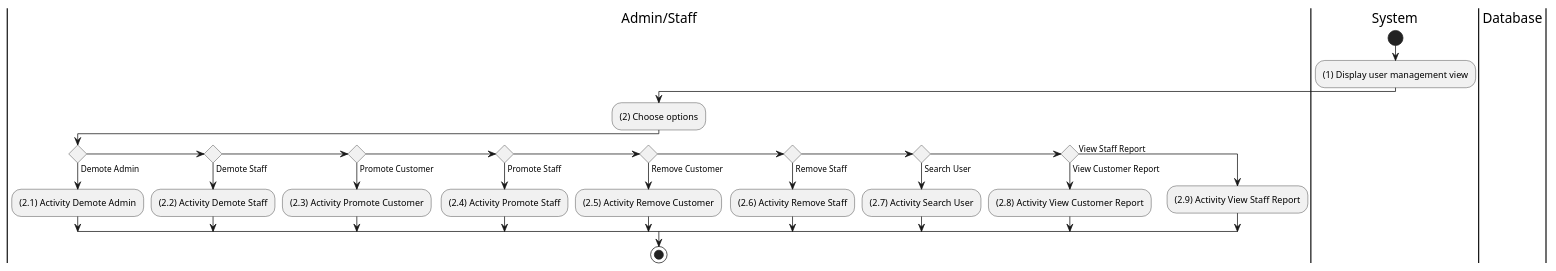
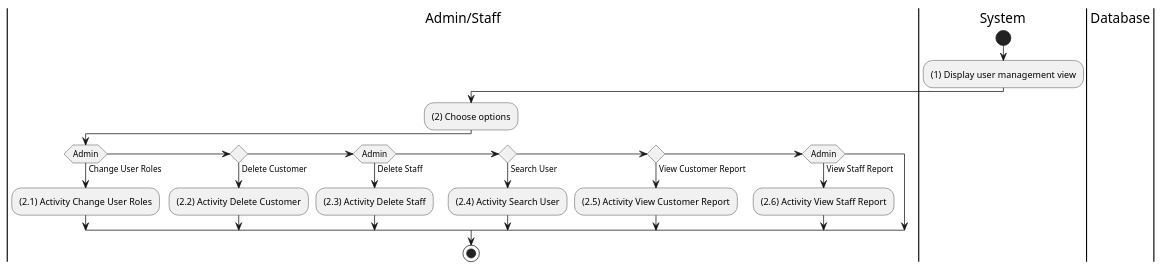
One commit to electricilies/electricilies.github.io changed the diagram in docs/docs/activity/manage-user/manage-user.md. Above: the diagram before and after it, drawn with PlantUML. The commit also changed 10 other files, not shown here.

Commit message:
chore: add new change-user-roles use case

````diff
--- a/docs/docs/activity/manage-user/manage-user.md
+++ b/docs/docs/activity/manage-user/manage-user.md
@@ -3,36 +3,30 @@
 ```plantuml
 @startuml
 |AS|Admin/Staff
 |S|System
 |D|Database
 
 |S|
 start
 :(1) Display user management view;
 
 |AS|
 :(2) Choose options;
-if () then (Demote Admin)
-  :(2.1) Activity Demote Admin;
-elseif () then (Demote Staff)
-  :(2.2) Activity Demote Staff;
-elseif () then (Promote Customer)
-  :(2.3) Activity Promote Customer;
-elseif () then (Promote Staff)
-  :(2.4) Activity Promote Staff;
-elseif () then (Remove Customer)
-  :(2.5) Activity Remove Customer;
-elseif () then (Remove Staff)
-  :(2.6) Activity Remove Staff;
+if (Admin) then (Change User Roles)
+  :(2.1) Activity Change User Roles;
+elseif () then (Delete Customer)
+  :(2.2) Activity Delete Customer;
+elseif (Admin) then (Delete Staff)
+  :(2.3) Activity Delete Staff;
 elseif () then (Search User)
-  :(2.7) Activity Search User;
+  :(2.4) Activity Search User;
 elseif () then (View Customer Report)
-  :(2.8) Activity View Customer Report;
-else (View Staff Report)
-  :(2.9) Activity View Staff Report;
+  :(2.5) Activity View Customer Report;
+elseif (Admin) then (View Staff Report)
+  :(2.6) Activity View Staff Report;
 endif
 
 stop
 @enduml
 @enduml
 ```
````
